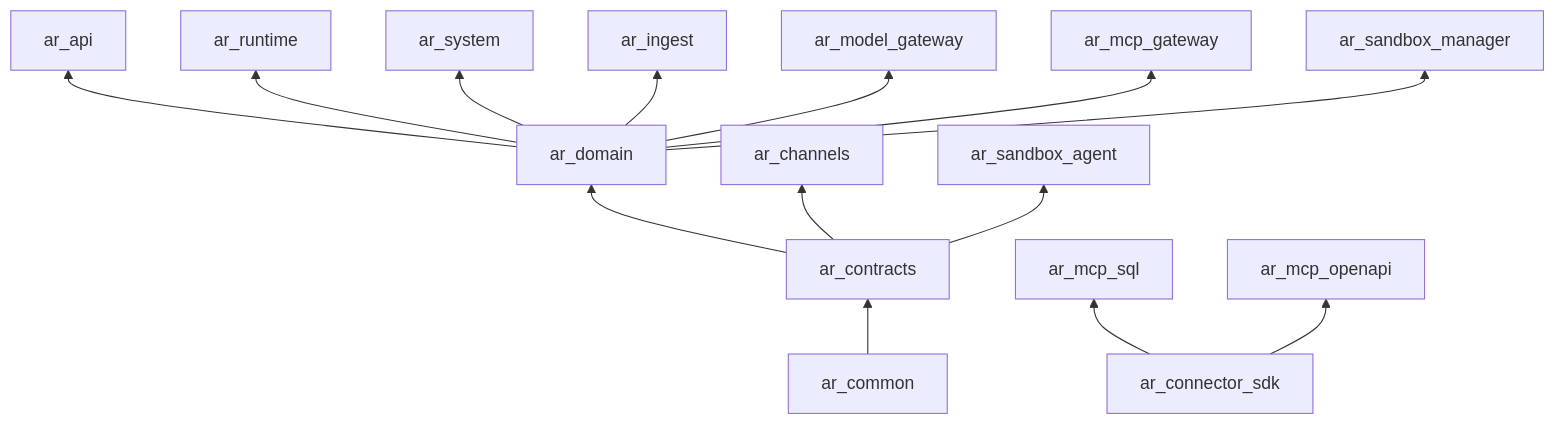
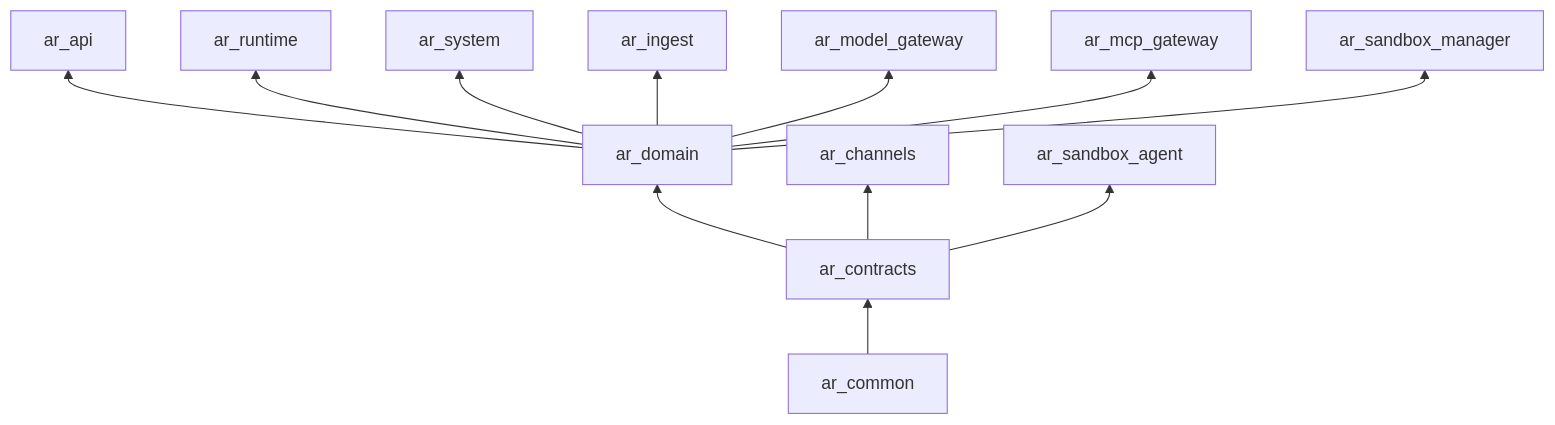
One commit to vundavallibalakrishna/agentic-runtime changed the diagram in docs/02-architecture/service-decomposition.md. Above: the diagram before and after it, drawn with Mermaid. The commit also changed other lines of this file and 62 other files, not shown here.

````diff
--- a/docs/02-architecture/service-decomposition.md
+++ b/docs/02-architecture/service-decomposition.md
@@ -50,16 +48,14 @@
 ```mermaid
 flowchart BT
   common[ar_common] --> contracts[ar_contracts]
   contracts --> domain[ar_domain]
   domain --> api[ar_api]
   domain --> runtime[ar_runtime]
   domain --> system[ar_system]
   domain --> ingest[ar_ingest]
   domain --> mg[ar_model_gateway]
   domain --> mcpg[ar_mcp_gateway]
   domain --> sbm[ar_sandbox_manager]
   contracts --> channels[ar_channels]
   contracts --> sba[ar_sandbox_agent]
-  sdk[ar_connector_sdk] --> mcpsql[ar_mcp_sql]
-  sdk --> mcpoa[ar_mcp_openapi]
 ```
````
